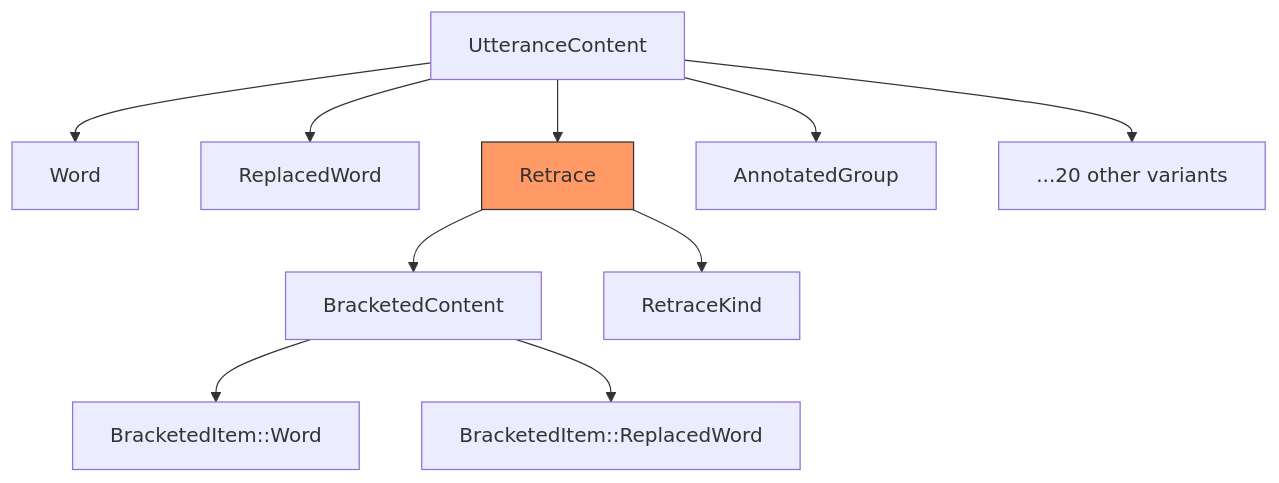
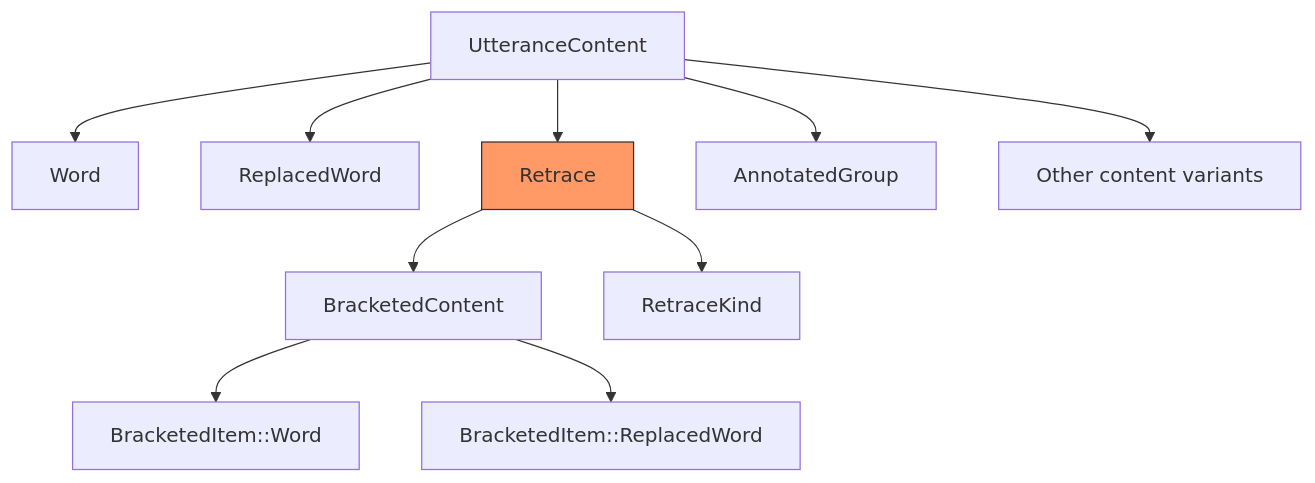
One commit to TalkBank/chatter changed the first of 3 diagrams in book/src/chat-format/retraces.md. Above: the diagram before and after it, drawn with Mermaid. The commit also changed other lines of this file and 950 other files, not shown here.

````diff
--- a/book/src/chat-format/retraces.md
+++ b/book/src/chat-format/retraces.md
@@ -67,16 +72,16 @@
 ```mermaid
 flowchart TD
     UC["UtteranceContent"]
     UC --> Word
     UC --> RW["ReplacedWord"]
     UC --> Retrace
     UC --> AG["AnnotatedGroup"]
-    UC --> Other["...20 other variants"]
+    UC --> Other["Other content variants"]
 
     Retrace --> BC["BracketedContent"]
     Retrace --> RK["RetraceKind"]
     BC --> BIW["BracketedItem::Word"]
     BC --> BIRW["BracketedItem::ReplacedWord"]
 
     style Retrace fill:#f96,stroke:#333
 ```
````
